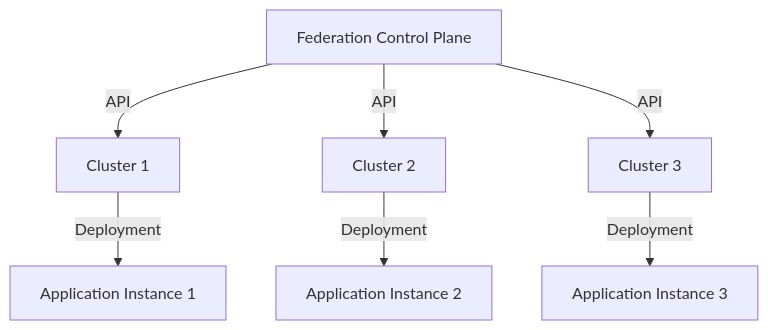
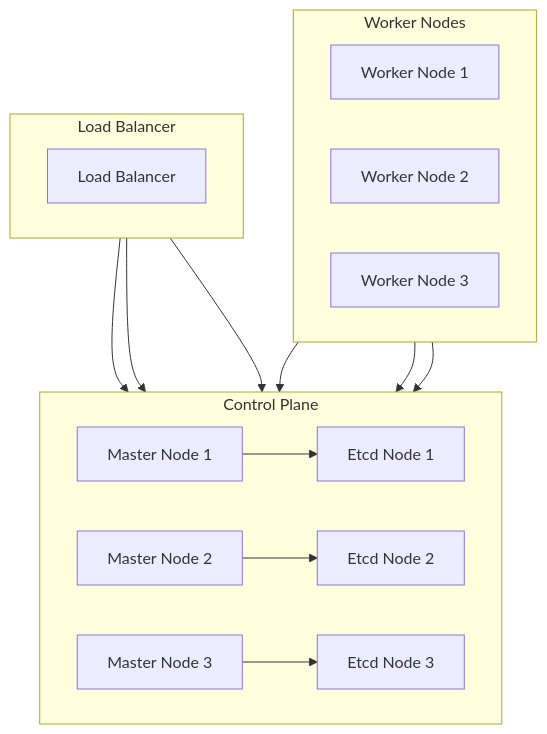
The first of 2 diagrams in docs/blogs/The_Complete_Guide_to_Resilient_Kubernetes_Cluster_Implementations_Part_2.md (baaghinitesh/dailly-notes), drawn with Mermaid before and after one commit. The commit also changed other lines of this file and 5 other files, not shown here.

````diff
--- a/docs/blogs/The_Complete_Guide_to_Resilient_Kubernetes_Cluster_Implementations_Part_2.md
+++ b/docs/blogs/The_Complete_Guide_to_Resilient_Kubernetes_Cluster_Implementations_Part_2.md
@@ -41,9 +20,21 @@
 ```mermaid
 flowchart TD
-    A[Federation Control Plane] -->|API| B[Cluster 1]
-    A -->|API| C[Cluster 2]
-    A -->|API| D[Cluster 3]
-    B -->|Deployment| E[Application Instance 1]
-    C -->|Deployment| F[Application Instance 2]
-    D -->|Deployment| G[Application Instance 3]
+    subgraph Control Plane
+        direction LR
+        Master1[Master Node 1] --> Etcd1[Etcd Node 1]
+        Master2[Master Node 2] --> Etcd2[Etcd Node 2]
+        Master3[Master Node 3] --> Etcd3[Etcd Node 3]
+    end
+    subgraph Worker Nodes
+        direction LR
+        Worker1[Worker Node 1] --> Master1
+        Worker2[Worker Node 2] --> Master2
+        Worker3[Worker Node 3] --> Master3
+    end
+    subgraph Load Balancer
+        direction LR
+        LB[Load Balancer] --> Master1
+        LB --> Master2
+        LB --> Master3
+    end
 ```
````
